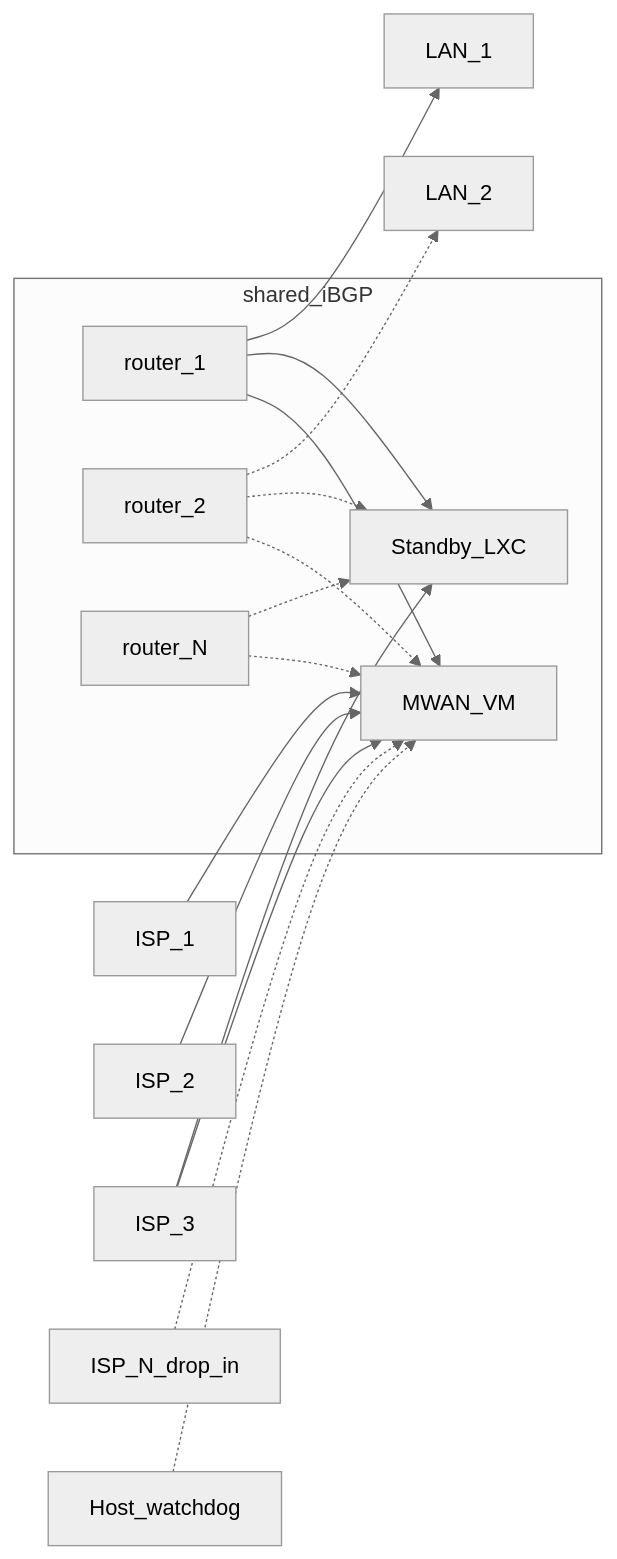
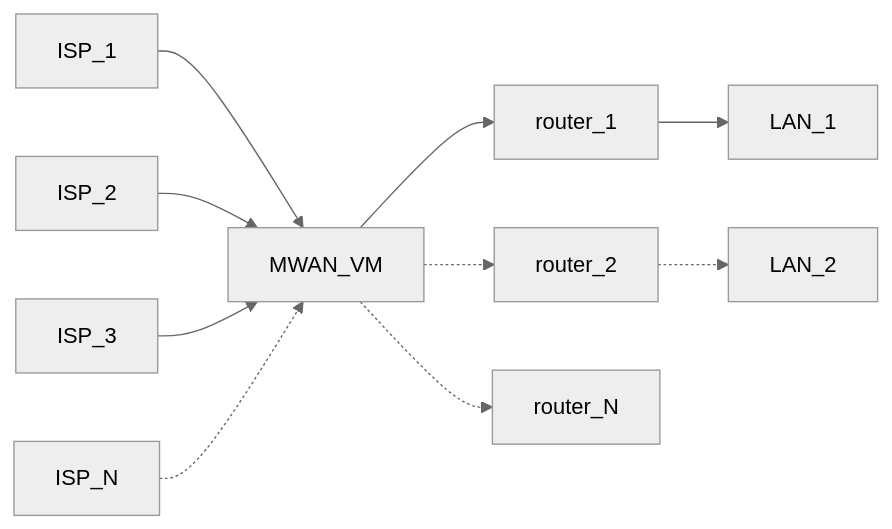
The first of 4 diagrams in docs/mwan.md (agoodkind/configs), drawn with Mermaid (neutral theme) before and after one commit. The commit also changed other lines of this file, not shown here.

Commit message:
Split MWAN exec architecture into four layer diagrams in docs/mwan.md

````diff
--- a/docs/mwan.md
+++ b/docs/mwan.md
@@ -40,31 +45,22 @@
 ```mermaid
 flowchart LR
-  subgraph sharedIbgp [shared_iBGP]
-    mwanVm[MWAN_VM]
-    standby[Standby_LXC]
-    r1[router_1]
-    r2[router_2]
-    rN[router_N]
-  end
   isp1[ISP_1]
   isp2[ISP_2]
   isp3[ISP_3]
-  ispN[ISP_N_drop_in]
-  watchdog[Host_watchdog]
+  ispN[ISP_N]
+  mwanVm[MWAN_VM]
+  r1[router_1]
+  r2[router_2]
+  rN[router_N]
   lan1[LAN_1]
   lan2[LAN_2]
   isp1 --> mwanVm
   isp2 --> mwanVm
   isp3 --> mwanVm
   ispN -.-> mwanVm
-  isp3 --> standby
-  watchdog -.-> mwanVm
-  r1 --> mwanVm
-  r1 --> standby
-  r2 -.-> mwanVm
-  r2 -.-> standby
-  rN -.-> mwanVm
-  rN -.-> standby
+  mwanVm --> r1
   r1 --> lan1
+  mwanVm -.-> r2
   r2 -.-> lan2
+  mwanVm -.-> rN
 ```
````
